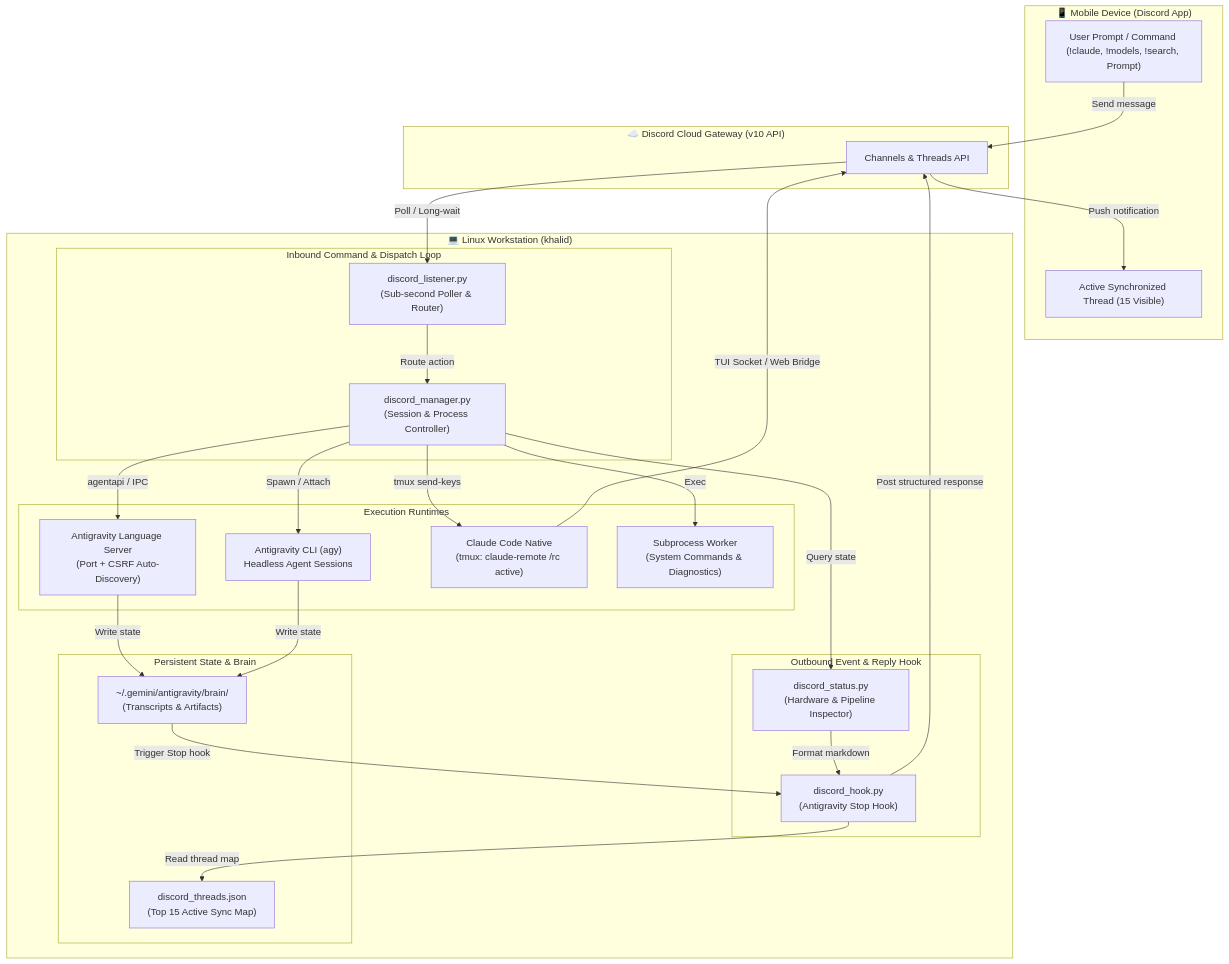
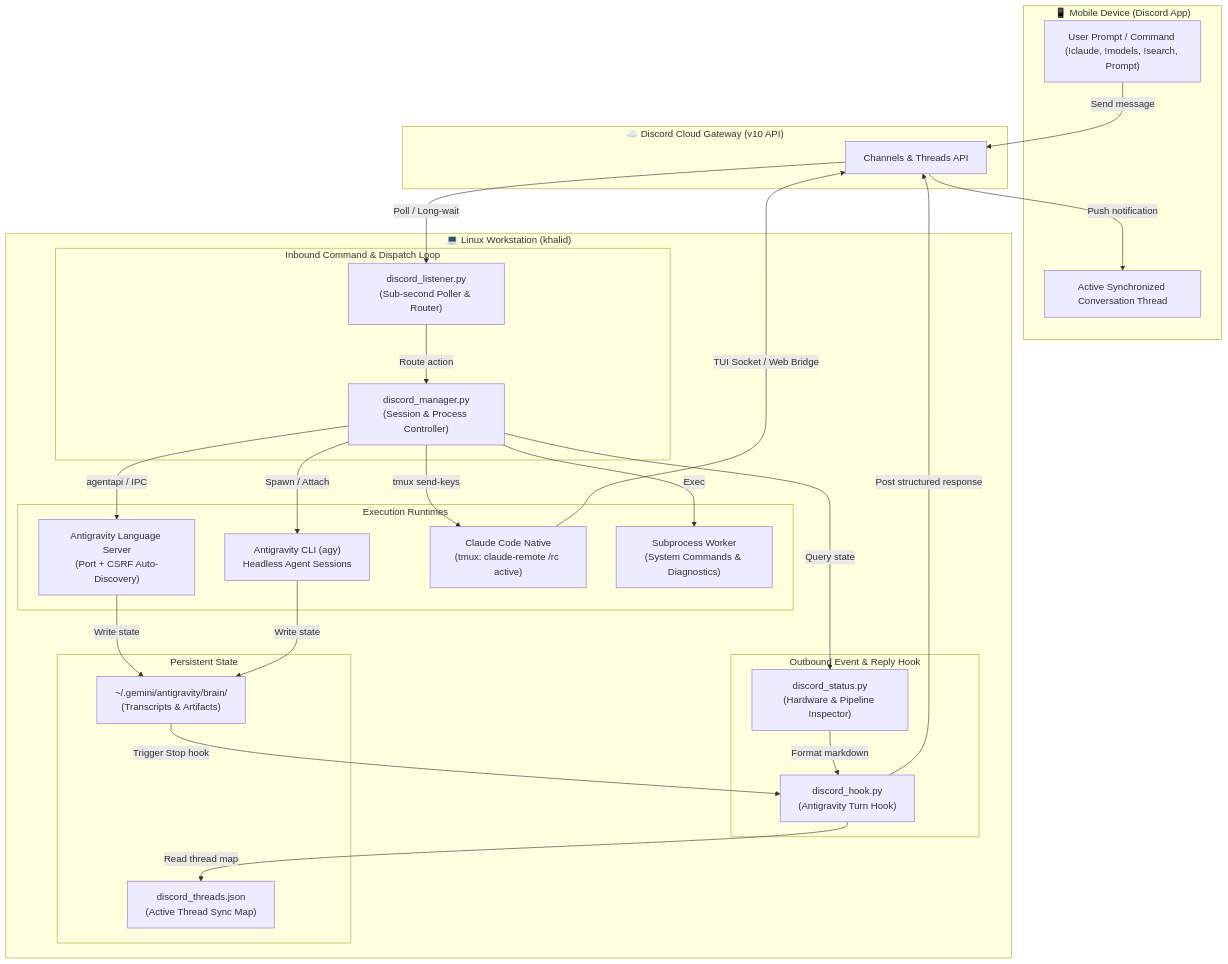
Before and after one commit to kmbenjel/workstation-discord-bridge: the diagram in README.md, drawn with Mermaid. The commit also changed other lines of this file and 6 other files, not shown here.

````diff
--- a/README.md
+++ b/README.md
@@ -71,55 +30,55 @@
 ```mermaid
 flowchart TB
     subgraph Mobile ["📱 Mobile Device (Discord App)"]
         UserPrompt["User Prompt / Command (!claude, !models, !search, Prompt)"]
-        MobileThread["Active Synchronized Thread (15 Visible)"]
+        MobileThread["Active Synchronized Conversation Thread"]
     end
 
     subgraph DiscordCloud ["☁️ Discord Cloud Gateway (v10 API)"]
         Gateway["Channels & Threads API"]
     end
 
     subgraph Workstation ["💻 Linux Workstation (khalid)"]
         subgraph InboundPipeline ["Inbound Command & Dispatch Loop"]
             Listener["discord_listener.py\n(Sub-second Poller & Router)"]
             Manager["discord_manager.py\n(Session & Process Controller)"]
         end
 
         subgraph CoreRuntimes ["Execution Runtimes"]
             AntigravityLS["Antigravity Language Server\n(Port + CSRF Auto-Discovery)"]
             AgyCLI["Antigravity CLI (agy)\nHeadless Agent Sessions"]
             ClaudeRemote["Claude Code Native\n(tmux: claude-remote /rc active)"]
             ShellWorker["Subprocess Worker\n(System Commands & Diagnostics)"]
         end
 
         subgraph OutboundPipeline ["Outbound Event & Reply Hook"]
-            Hook["discord_hook.py\n(Antigravity Stop Hook)"]
+            Hook["discord_hook.py\n(Antigravity Turn Hook)"]
             StatusGen["discord_status.py\n(Hardware & Pipeline Inspector)"]
         end
 
-        subgraph Storage ["Persistent State & Brain"]
+        subgraph Storage ["Persistent State"]
             Brain["~/.gemini/antigravity/brain/\n(Transcripts & Artifacts)"]
-            ThreadsJSON["discord_threads.json\n(Top 15 Active Sync Map)"]
+            ThreadsJSON["discord_threads.json\n(Active Thread Sync Map)"]
         end
     end
 
     %% Inbound Flow
     UserPrompt -->|Send message| Gateway
     Gateway -->|Poll / Long-wait| Listener
     Listener -->|Route action| Manager
     Manager -->|agentapi / IPC| AntigravityLS
     Manager -->|Spawn / Attach| AgyCLI
     Manager -->|tmux send-keys| ClaudeRemote
     Manager -->|Exec| ShellWorker
     Manager -->|Query state| StatusGen
 
     %% Outbound Flow
     AntigravityLS -->|Write state| Brain
     AgyCLI -->|Write state| Brain
     ClaudeRemote -->|TUI Socket / Web Bridge| Gateway
     Brain -->|Trigger Stop hook| Hook
     Hook -->|Read thread map| ThreadsJSON
     Hook -->|Post structured response| Gateway
     Gateway -->|Push notification| MobileThread
     StatusGen -->|Format markdown| Hook
 ```
````
